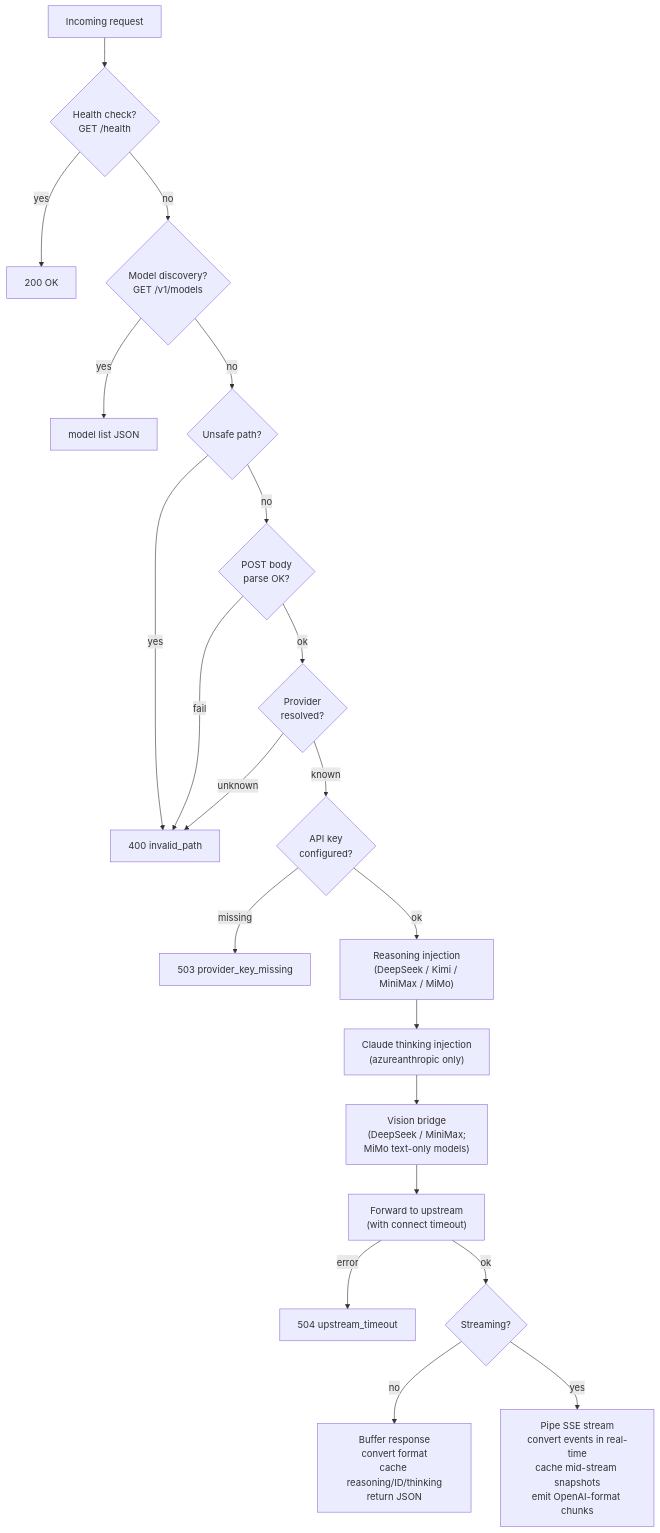
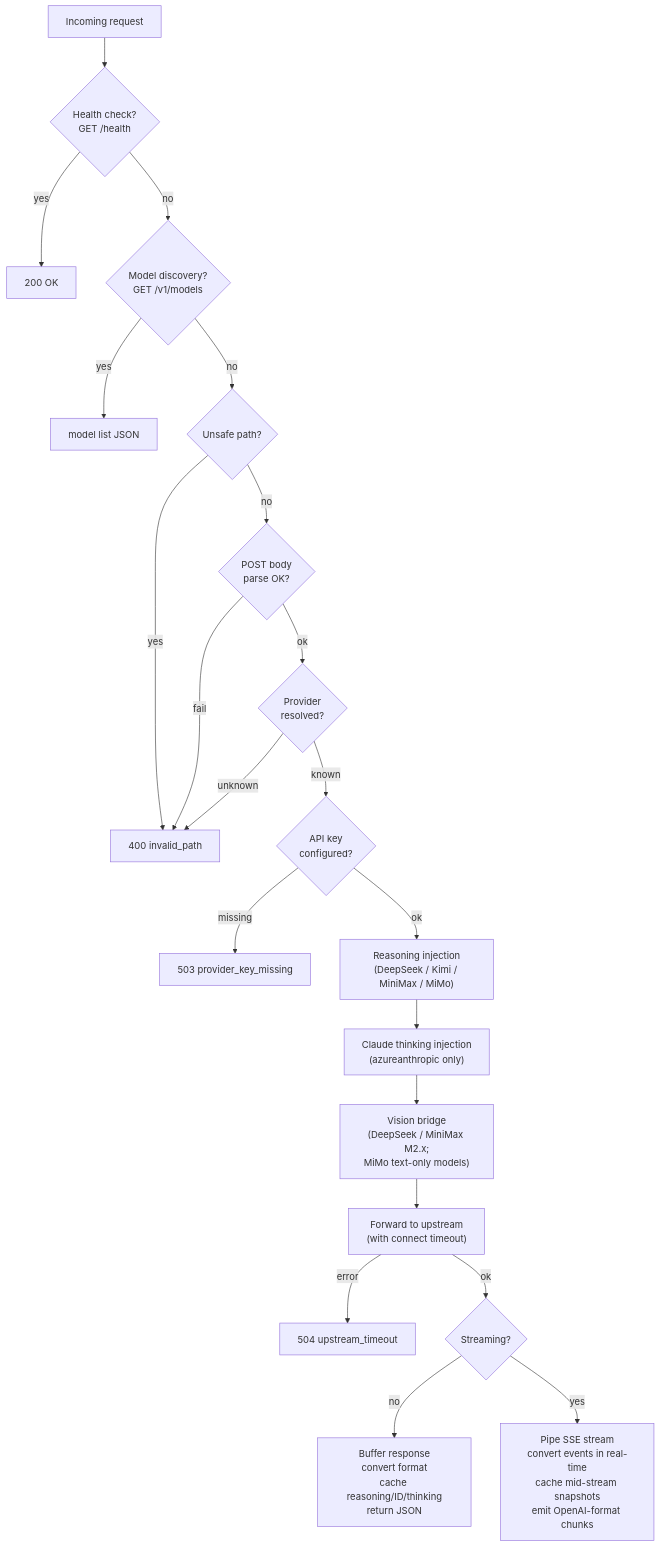
One commit to lqdflying/cursorProxy changed the third of 4 diagrams in doc/architecture-overview.md. Above: the diagram before and after it, drawn with Mermaid. The commit also changed other lines of this file and 9 other files, not shown here.

First line of the commit message:
Add MiniMax M3 support with native multimodal vision and thinking mode.

````diff
--- a/doc/architecture-overview.md
+++ b/doc/architecture-overview.md
@@ -88,37 +88,37 @@
 ```mermaid
 flowchart TD
     REQ["Incoming request"]
 
     A{"Health check?\nGET /health"}
     B{"Model discovery?\nGET /v1/models"}
     C{"Unsafe path?"}
     D{"POST body\nparse OK?"}
     E{"Provider\nresolved?"}
     F{"API key\nconfigured?"}
 
     INJECT["Reasoning injection\n(DeepSeek / Kimi / MiniMax / MiMo)"]
     THINK["Claude thinking injection\n(azureanthropic only)"]
-    VISION["Vision bridge\n(DeepSeek / MiniMax;\nMiMo text-only models)"]
+    VISION["Vision bridge\n(DeepSeek / MiniMax M2.x;\nMiMo text-only models)"]
     UPSTREAM["Forward to upstream\n(with connect timeout)"]
     STREAM{"Streaming?"}
     NONSTR["Buffer response\nconvert format\ncache reasoning/ID/thinking\nreturn JSON"]
     STR["Pipe SSE stream\nconvert events in real-time\ncache mid-stream snapshots\nemit OpenAI-format chunks"]
 
     REQ --> A
     A -->|yes| HEALTH["200 OK"]
     A -->|no| B
     B -->|yes| MODELS["model list JSON"]
     B -->|no| C
     C -->|yes| ERR400["400 invalid_path"]
     C -->|no| D
     D -->|fail| ERR400
     D -->|ok| E
     E -->|unknown| ERR400
     E -->|known| F
     F -->|missing| ERR503["503 provider_key_missing"]
     F -->|ok| INJECT --> THINK --> VISION --> UPSTREAM
     UPSTREAM -->|error| ERR504["504 upstream_timeout"]
     UPSTREAM -->|ok| STREAM
     STREAM -->|no| NONSTR
     STREAM -->|yes| STR
 ```
````
